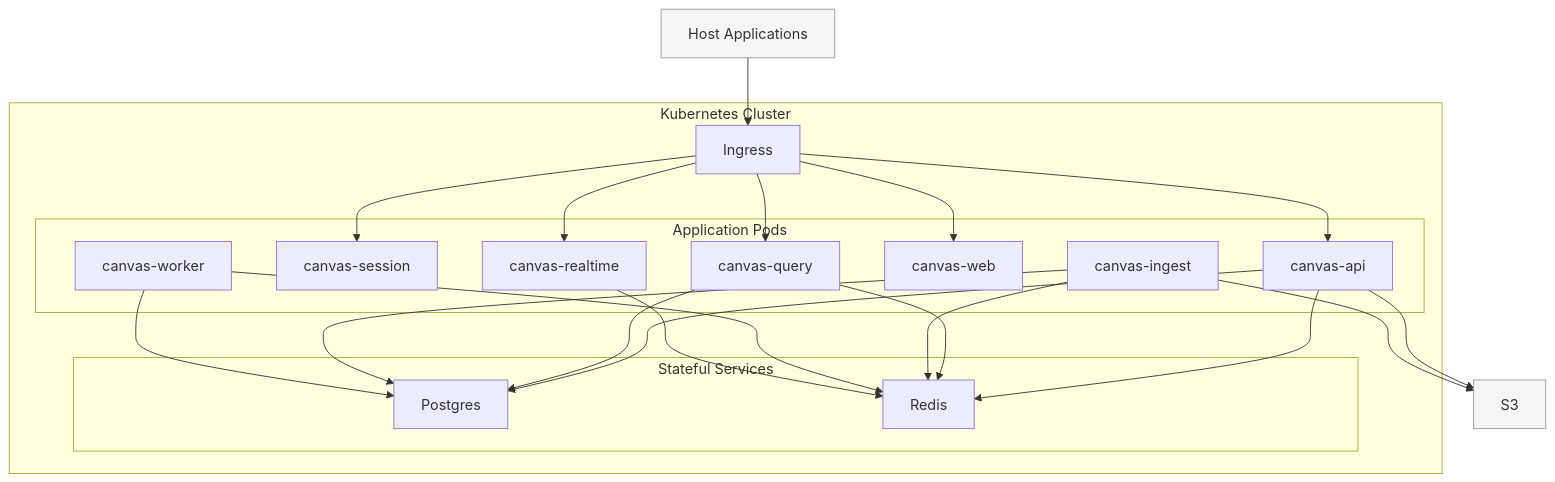
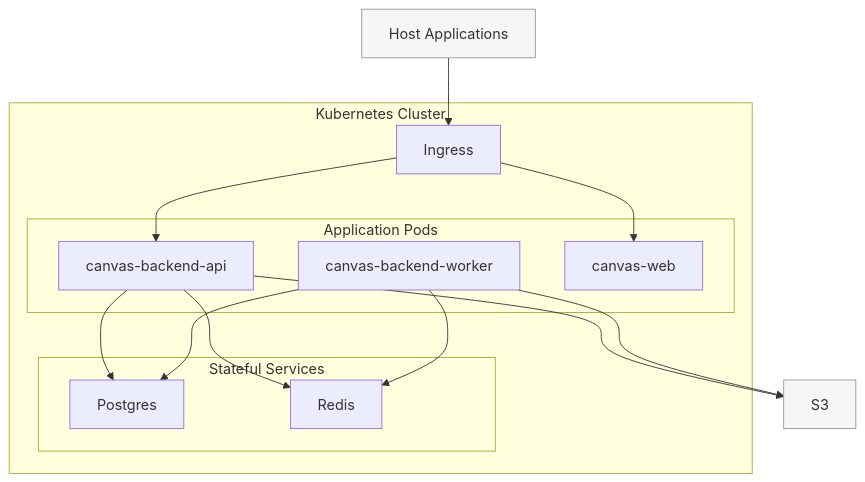
Before and after one commit to valeeraZ/canvas: the third of 3 diagrams in docs/superpowers/specs/2026-03-13-canvas-design.md, drawn with Mermaid. The commit also changed other lines of this file and 10 other files, not shown here.

Commit message:
update specs and diagrams

````diff
--- a/docs/superpowers/specs/2026-03-13-canvas-design.md
+++ b/docs/superpowers/specs/2026-03-13-canvas-design.md
@@ -486,45 +474,33 @@
 ```mermaid
 flowchart TB
     subgraph K8s["Kubernetes Cluster"]
         Ingress["Ingress"]
 
         subgraph Apps["Application Pods"]
-            API["canvas-api"]
-            Session["canvas-session"]
-            Query["canvas-query"]
-            Realtime["canvas-realtime"]
+            API["canvas-backend-api"]
+            Worker["canvas-backend-worker"]
             Web["canvas-web"]
-            Ingest["canvas-ingest"]
-            Worker["canvas-worker"]
         end
 
         subgraph Data["Stateful Services"]
             PG["Postgres"]
             Redis["Redis"]
         end
     end
 
     S3["S3"]:::external
     Host["Host Applications"]:::external
 
     Host --> Ingress
     Ingress --> API
-    Ingress --> Session
-    Ingress --> Query
-    Ingress --> Realtime
     Ingress --> Web
 
     API --> PG
     API --> Redis
     API --> S3
-    Query --> PG
-    Query --> Redis
-    Ingest --> PG
-    Ingest --> S3
-    Ingest --> Redis
     Worker --> Redis
     Worker --> PG
-    Realtime --> Redis
+    Worker --> S3
 
     classDef external fill:#f6f6f6,stroke:#999,stroke-width:1px;
 ```
````
